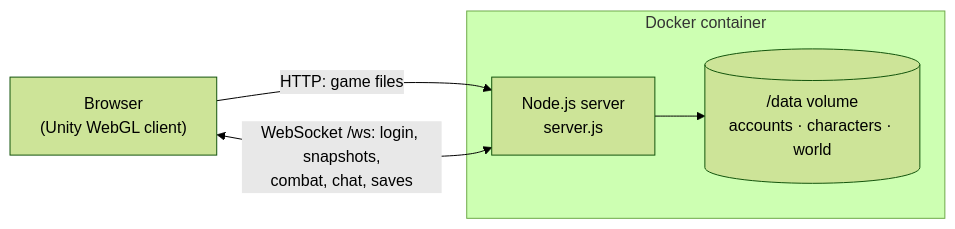
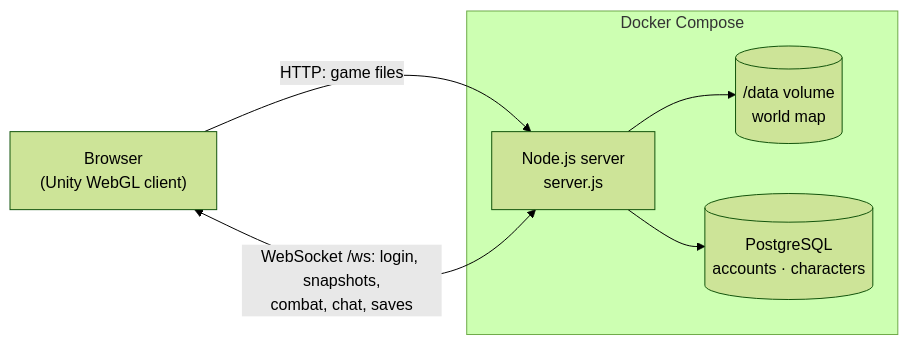
The diagram in Shadowfall/docs/index.md (Ole-JH/ai-water-meter), drawn with Mermaid (forest theme) before and after one commit. The commit also changed 36 other files, not shown here.

````diff
--- a/Shadowfall/docs/index.md
+++ b/Shadowfall/docs/index.md
@@ -13,8 +13,9 @@
 ```mermaid
 flowchart LR
     B["Browser<br/>(Unity WebGL client)"] -- "HTTP: game files" --> S
     B <-- "WebSocket /ws: login, snapshots,<br/>combat, chat, saves" --> S
-    subgraph Docker container
-      S["Node.js server<br/>server.js"] --> D[("/data volume<br/>accounts · characters · world")]
+    subgraph Docker Compose
+      S["Node.js server<br/>server.js"] --> D[("/data volume<br/>world map")]
+      S --> P[("PostgreSQL<br/>accounts · characters")]
     end
 ```
````
